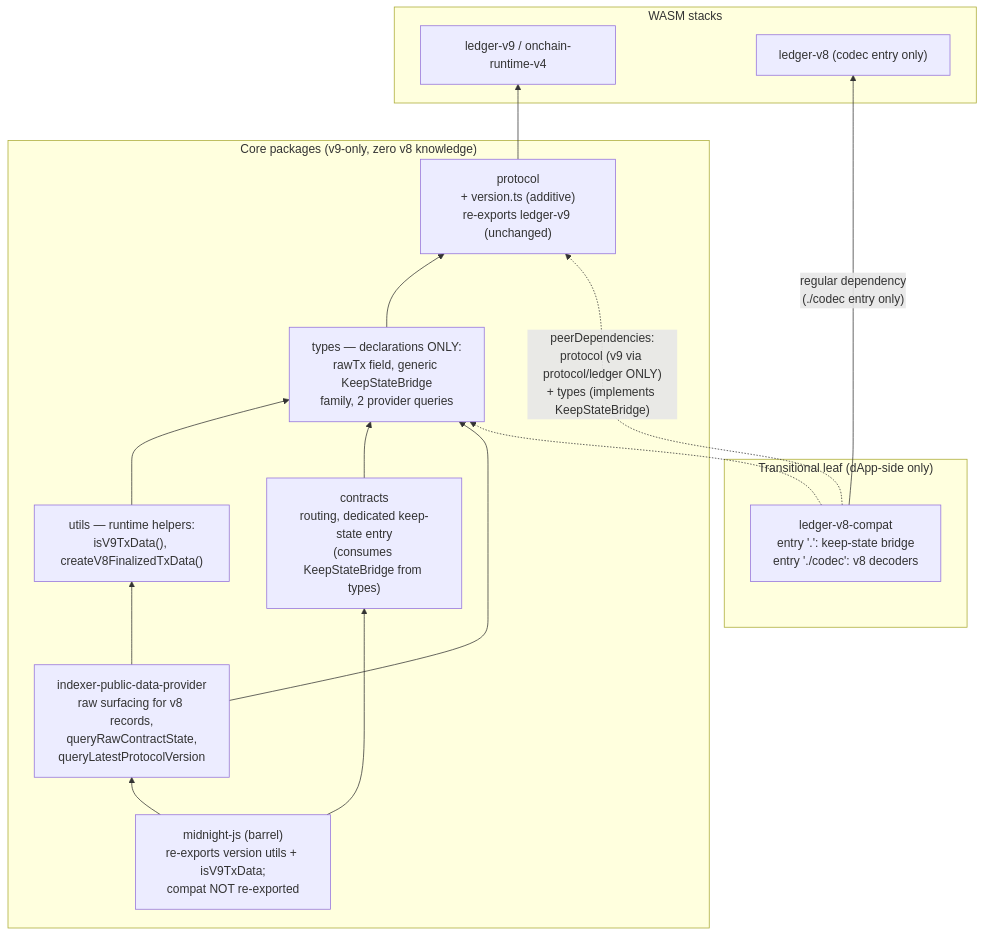
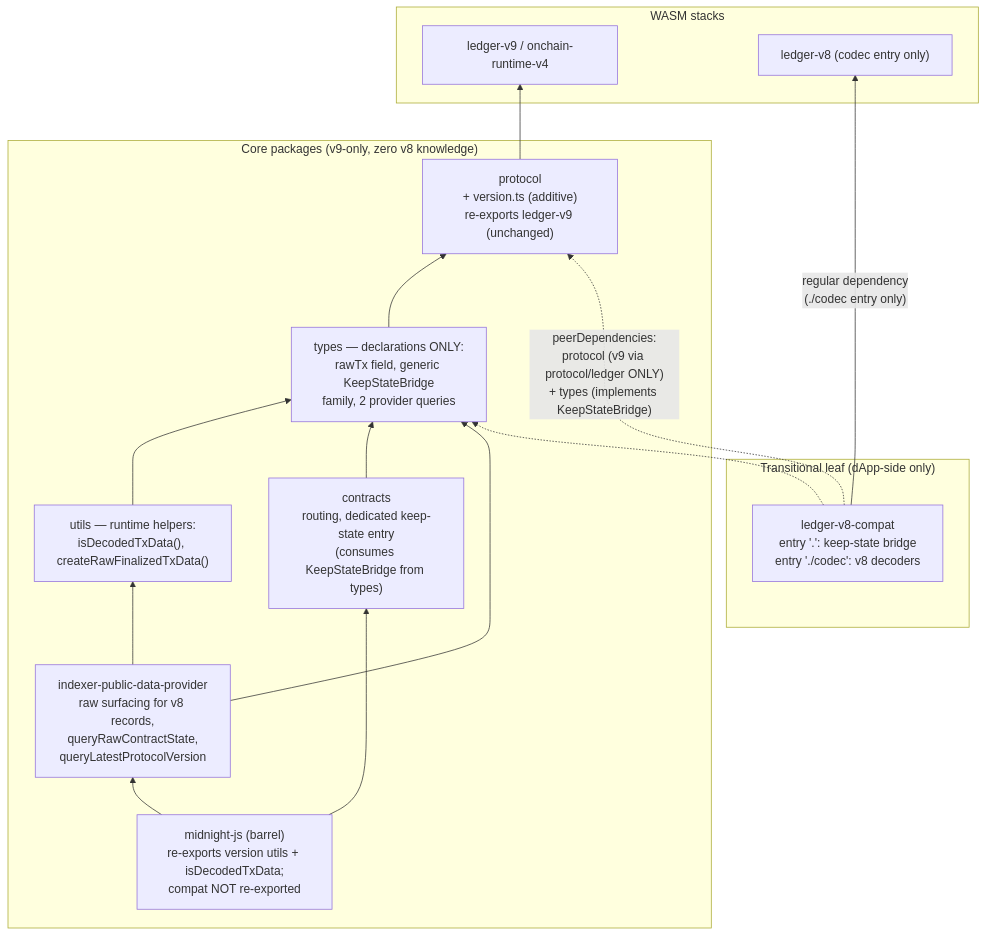
One commit to midnightntwrk/midnight-js changed the third of 11 diagrams in docs/superpowers/architecture/2026-08-05-ledger-v8-v9-dual-support-architecture.md. Above: the diagram before and after it, drawn with Mermaid. The commit also changed other lines of this file and 1 other file, not shown here.

First line of the commit message:
docs: rename record helpers to version-neutral names (spec v3.8)

````diff
--- a/docs/superpowers/architecture/2026-08-05-ledger-v8-v9-dual-support-architecture.md
+++ b/docs/superpowers/architecture/2026-08-05-ledger-v8-v9-dual-support-architecture.md
@@ -98,32 +98,32 @@
 ```mermaid
 flowchart BT
     subgraph core["Core packages (v9-only, zero v8 knowledge)"]
         protocol["protocol<br/>+ version.ts (additive)<br/>re-exports ledger-v9 (unchanged)"]
         types["types — declarations ONLY:<br/>rawTx field, generic KeepStateBridge<br/>family, 2 provider queries"]
-        utils["utils — runtime helpers:<br/>isV9TxData(), createV8FinalizedTxData()"]
+        utils["utils — runtime helpers:<br/>isDecodedTxData(), createRawFinalizedTxData()"]
         contracts["contracts<br/>routing, dedicated keep-state entry<br/>(consumes KeepStateBridge from types)"]
         indexerprov["indexer-public-data-provider<br/>raw surfacing for v8 records,<br/>queryRawContractState,<br/>queryLatestProtocolVersion"]
-        barrel["midnight-js (barrel)<br/>re-exports version utils + isV9TxData;<br/>compat NOT re-exported"]
+        barrel["midnight-js (barrel)<br/>re-exports version utils + isDecodedTxData;<br/>compat NOT re-exported"]
     end
 
     subgraph leaf["Transitional leaf (dApp-side only)"]
         compat["ledger-v8-compat<br/>entry '.': keep-state bridge<br/>entry './codec': v8 decoders"]
     end
 
     subgraph wasm["WASM stacks"]
         v9["ledger-v9 / onchain-runtime-v4"]
         v8["ledger-v8 (codec entry only)"]
     end
 
     types --> protocol
     utils --> types
     contracts --> types
     indexerprov --> types
     indexerprov --> utils
     barrel --> contracts
     barrel --> indexerprov
     protocol --> v9
     compat -. "peerDependencies:<br/>protocol (v9 via protocol/ledger ONLY)<br/>+ types (implements KeepStateBridge)" .-> protocol
     compat -.-> types
     compat -- "regular dependency<br/>(./codec entry only)" --> v8
 ```
````
